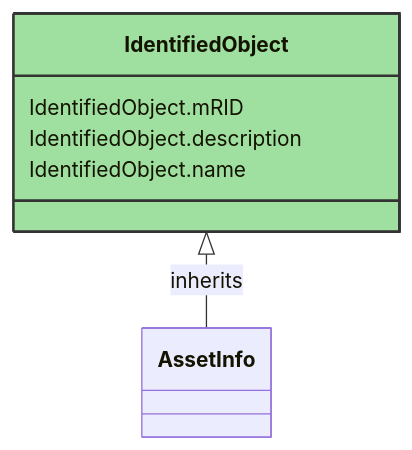
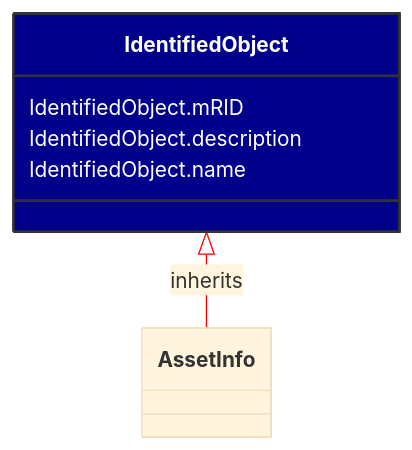
The diagram in docs/Models/Profiles/SubseaCableInfo/AbstractClasses/IdentifiedObject.md (3lbits/NoCIMExtensions), drawn with Mermaid before and after one commit. The commit also changed 58 other files, not shown here.

````diff
--- a/docs/Models/Profiles/SubseaCableInfo/AbstractClasses/IdentifiedObject.md
+++ b/docs/Models/Profiles/SubseaCableInfo/AbstractClasses/IdentifiedObject.md
@@ -10,20 +10,21 @@
 ```mermaid
+%%{init: {'theme':'base','themeVariables': {'lineColor': '#FF0000'}}}%%
 classDiagram
     class IdentifiedObject
     click IdentifiedObject href "/Models/Profiles/SubseaCableInfo/AbstractClasses/IdentifiedObject/"
-    style IdentifiedObject fill:#9fdf9f,stroke:#333,stroke-width:2px,rx:10,ry:10
+    style IdentifiedObject fill:#006400,stroke:#333,stroke-width:2px,rx:10,ry:10,color:white
 
         IdentifiedObject <|-- AssetInfo : inherits
             click IdentifiedObject href "/Models/Profiles/SubseaCableInfo/AbstractClasses/IdentifiedObject/"
-            style IdentifiedObject rx:10,ry:10
+            style IdentifiedObject fill:#00008B,stroke:#333,stroke-width:2px,rx:10,ry:10,color:white
 
         AssetInfo
             click AssetInfo href "/Models/Profiles/SubseaCableInfo/AbstractClasses/AssetInfo/"
-            style AssetInfo rx:10,ry:10
+            style IdentifiedObject fill:#00008B,stroke:#333,stroke-width:2px,rx:10,ry:10,color:white
 
 
 
         IdentifiedObject : IdentifiedObject.mRID
         IdentifiedObject : IdentifiedObject.description
         IdentifiedObject : IdentifiedObject.name
 ```
````
